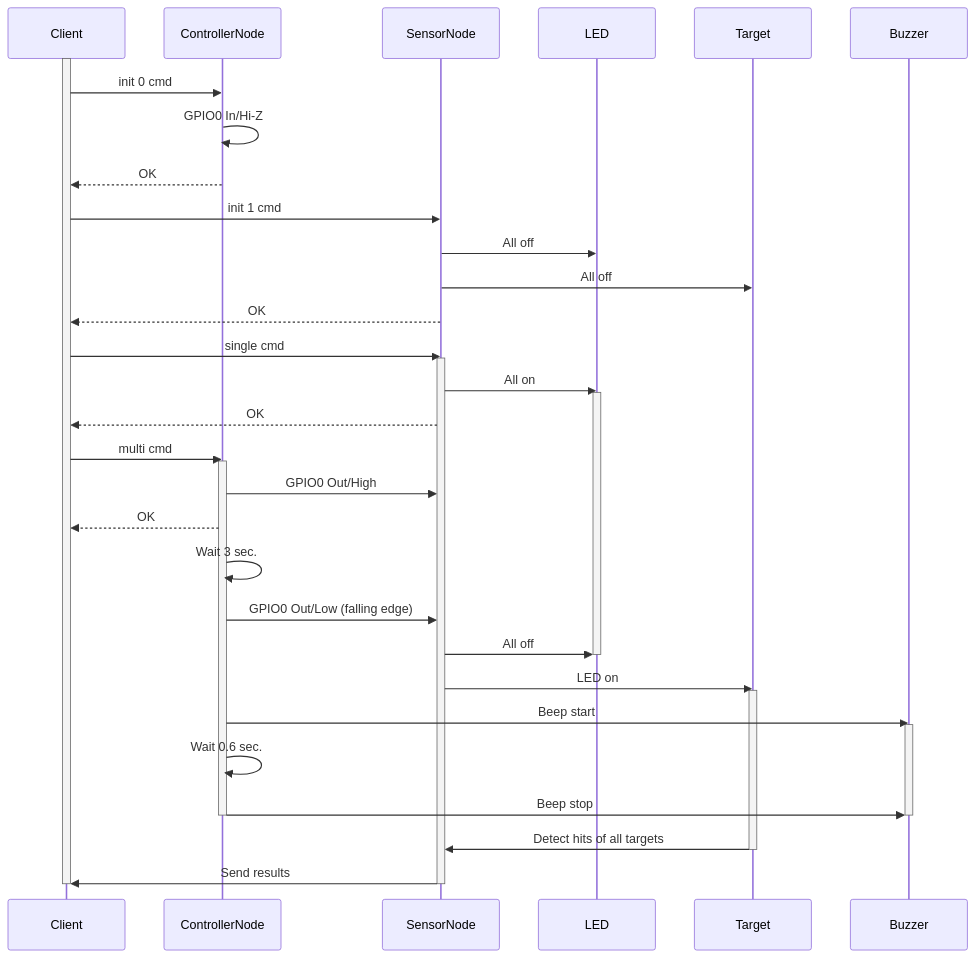
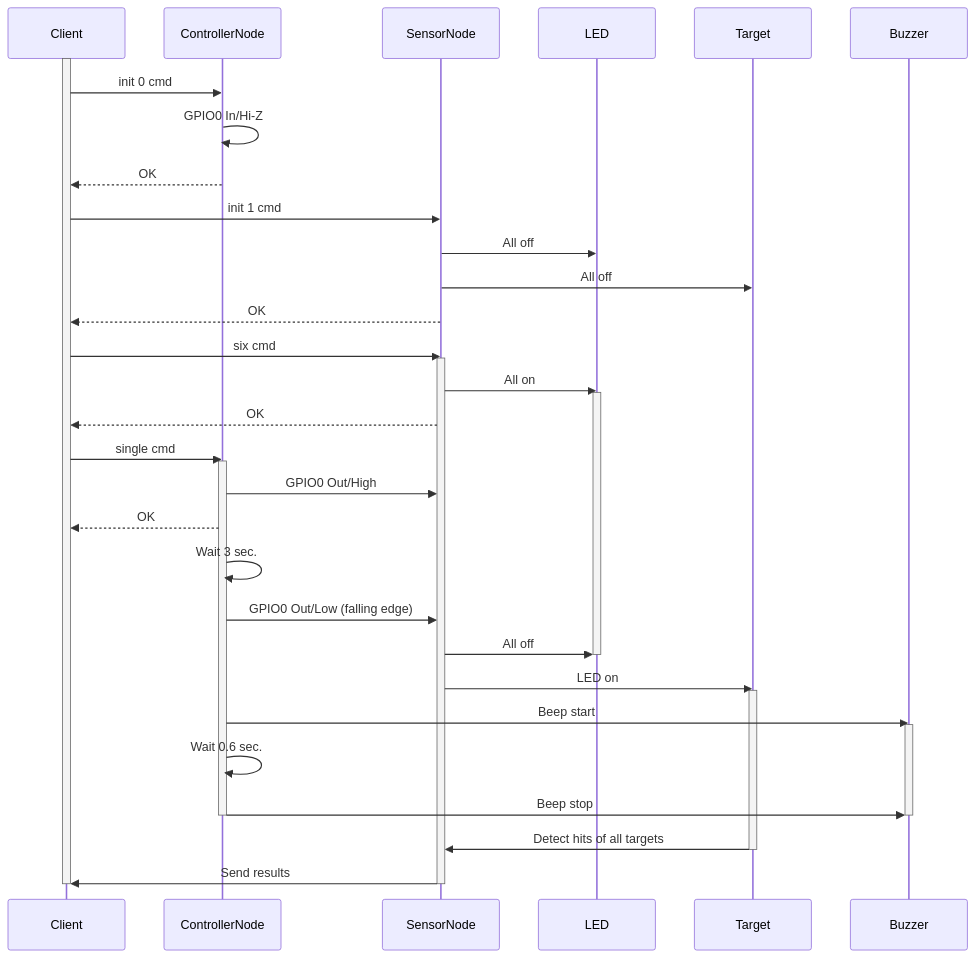
The second of 3 diagrams in doc/single.md (katsuster/target-6-client), drawn with Mermaid before and after one commit. The commit also changed other lines of this file, not shown here.

````diff
--- a/doc/single.md
+++ b/doc/single.md
@@ -69,52 +69,52 @@
 ```mermaid
 sequenceDiagram
 participant client as Client
 participant controller as ControllerNode
 participant sensor as SensorNode
 participant led as LED
 participant target as Target
 participant buzzer as Buzzer
 
 activate client
 
 client ->> controller: init 0 cmd
 controller ->> controller: GPIO0 In/Hi-Z
 controller -->> client: OK
 
 client ->> sensor: init 1 cmd
 sensor ->> led: All off
 sensor ->> target: All off
 sensor -->> client: OK
 
-client ->> sensor: single cmd
+client ->> sensor: six cmd
 activate sensor
 sensor ->> led: All on
 activate led
 sensor -->> client: OK
 
-client ->> controller: multi cmd
+client ->> controller: single cmd
 activate controller
 controller ->> sensor: GPIO0 Out/High
 controller -->> client: OK
 
 controller ->> controller: Wait 3 sec.
 controller ->> sensor: GPIO0 Out/Low (falling edge)
 sensor ->> led: All off
 deactivate led
 sensor ->> target: LED on
 activate target
 
 controller ->> buzzer: Beep start
 activate buzzer
 controller ->> controller: Wait 0.6 sec.
 controller ->> buzzer: Beep stop
 deactivate buzzer
 deactivate controller
 
 target ->> sensor: Detect hits of all targets
 deactivate target
 sensor ->> client: Send results
 deactivate sensor
 
 deactivate client
 ```
````
